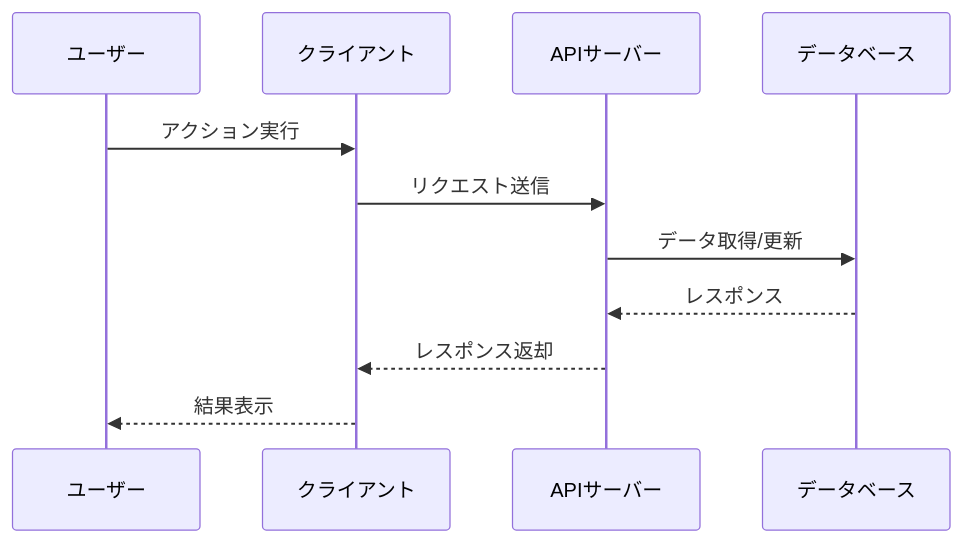
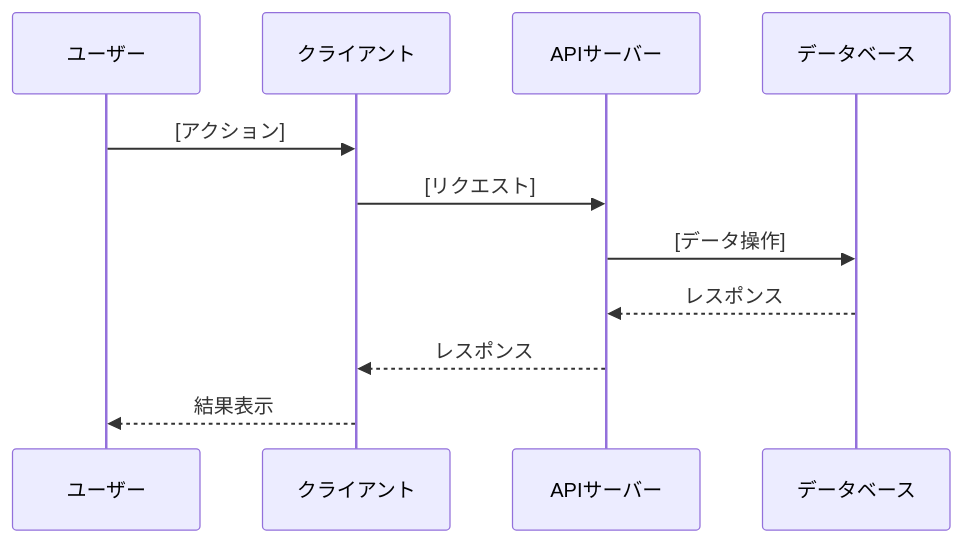
One commit to masseater/claude-code-plugin changed the diagram in sdd/commands/plan-phases.md. Above: the diagram before and after it, drawn with Mermaid. The commit also changed other lines of this file and 13 other files, not shown here.

````diff
--- a/sdd/commands/plan-phases.md
+++ b/sdd/commands/plan-phases.md
@@ -235,14 +218,14 @@
 ```mermaid
 sequenceDiagram
     participant User as ユーザー
     participant Client as クライアント
     participant API as APIサーバー
     participant DB as データベース
 
-    User->>Client: アクション実行
-    Client->>API: リクエスト送信
-    API->>DB: データ取得/更新
+    User->>Client: [アクション]
+    Client->>API: [リクエスト]
+    API->>DB: [データ操作]
     DB-->>API: レスポンス
-    API-->>Client: レスポンス返却
+    API-->>Client: レスポンス
     Client-->>User: 結果表示
 ```
````
